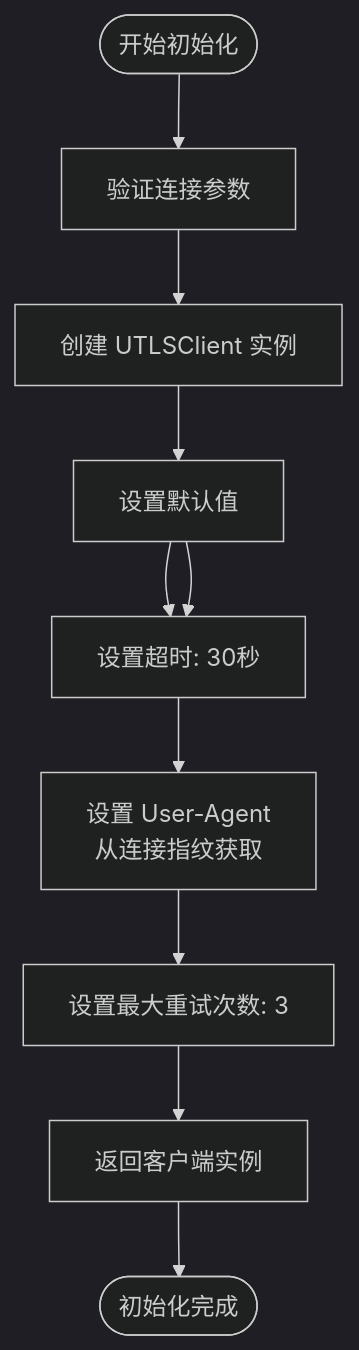
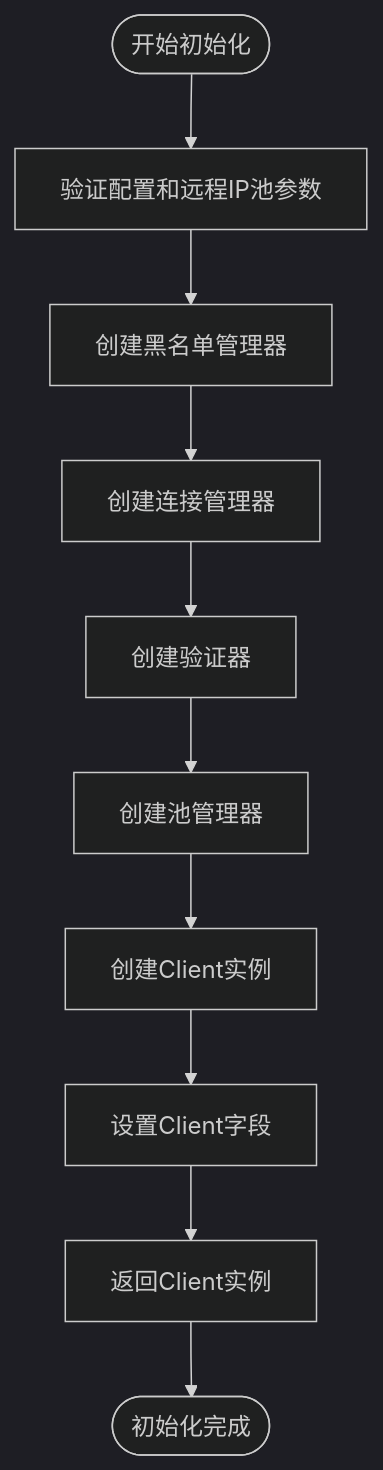
The third of 9 diagrams in .qoder/repowiki/zh/content/API参考/UTLSClient API/UTLSClient API.md (vistone/crawler-platform), drawn with Mermaid (dark theme) before and after one commit. The commit also changed other lines of this file and 40 other files, not shown here.

````diff
--- a/.qoder/repowiki/zh/content/API参考/UTLSClient API/UTLSClient API.md
+++ b/.qoder/repowiki/zh/content/API参考/UTLSClient API/UTLSClient API.md
@@ -170,14 +216,12 @@
 ```mermaid
 flowchart TD
-Start([开始初始化]) --> ValidateConn["验证连接参数"]
-ValidateConn --> CreateClient["创建 UTLSClient 实例"]
-CreateClient --> SetDefaults["设置默认值"]
-SetDefaults --> Timeout["设置超时: 30秒"]
-SetUserAgent["设置 User-Agent<br/>从连接指纹获取"]
-SetMaxRetries["设置最大重试次数: 3"]
-SetDefaults --> Timeout
-Timeout --> SetUserAgent
-SetUserAgent --> SetMaxRetries
-SetMaxRetries --> Return["返回客户端实例"]
+Start([开始初始化]) --> ValidateParams["验证配置和远程IP池参数"]
+ValidateParams --> CreateBlacklist["创建黑名单管理器"]
+CreateBlacklist --> CreateConnManager["创建连接管理器"]
+CreateConnManager --> CreateValidator["创建验证器"]
+CreateValidator --> CreatePoolManager["创建池管理器"]
+CreatePoolManager --> CreateClient["创建Client实例"]
+CreateClient --> SetFields["设置Client字段"]
+SetFields --> Return["返回Client实例"]
 Return --> End([初始化完成])
 ```
````
